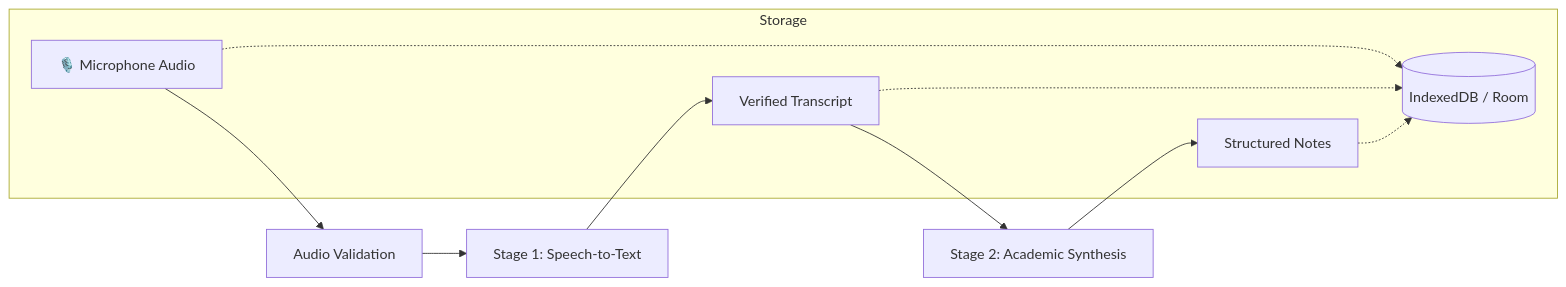
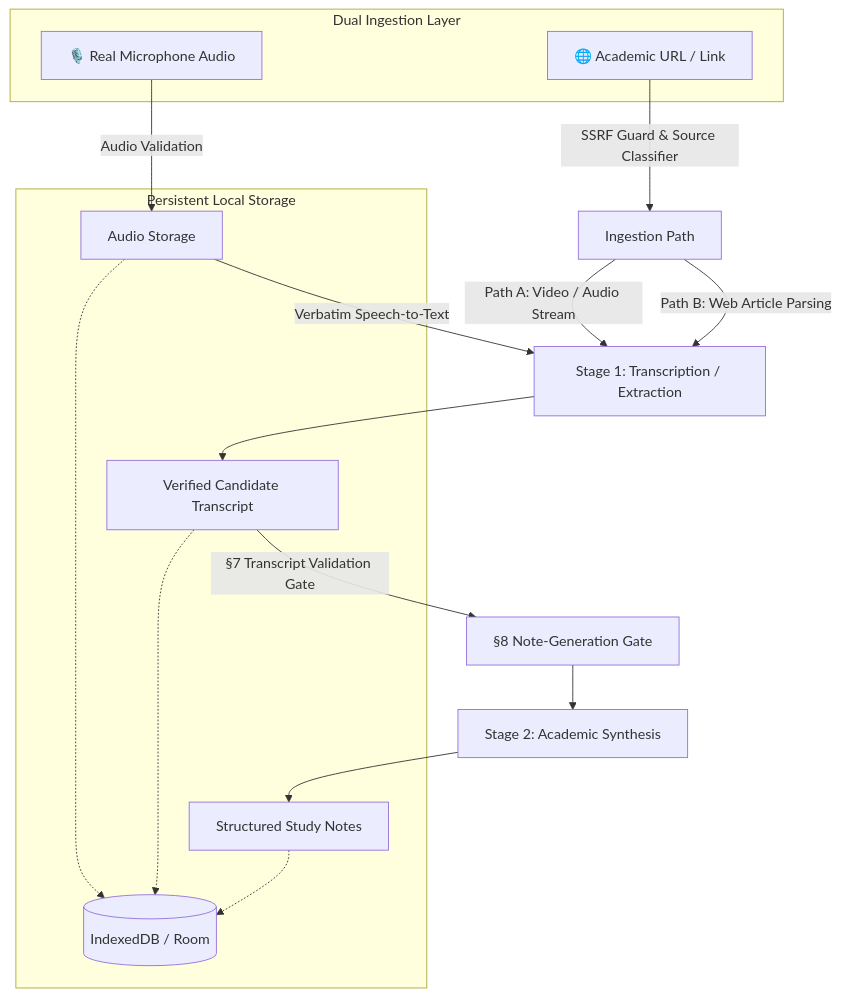
Before and after one commit to arfat87/-lecturenotes-AI: the diagram in README.md, drawn with Mermaid. The commit also changed other lines of this file and 26 other files, not shown here.

Commit message:
feat: implement Create Note From Link/URL feature across Web and Android (Master Prompt v3)

````diff
--- a/README.md
+++ b/README.md
@@ -26,14 +26,25 @@
 ```mermaid
-flowchart LR
-    A[🎙️ Microphone Audio] --> B[Audio Validation]
-    B --> C[Stage 1: Speech-to-Text]
-    C --> D[Verified Transcript]
-    D --> E[Stage 2: Academic Synthesis]
-    E --> F[Structured Notes]
+flowchart TD
+    subgraph Inputs [Dual Ingestion Layer]
+      A1[🎙️ Real Microphone Audio]
+      A2[🌐 Academic URL / Link]
+    end
+
+    A1 -->|Audio Validation| B1[Audio Storage]
+    B1 -->|Verbatim Speech-to-Text| C[Stage 1: Transcription / Extraction]
+
+    A2 -->|SSRF Guard & Source Classifier| B2[Ingestion Path]
+    B2 -->|Path A: Video / Audio Stream| C
+    B2 -->|Path B: Web Article Parsing| C
+
+    C --> D[Verified Candidate Transcript]
+    D -->|§7 Transcript Validation Gate| E[§8 Note-Generation Gate]
+    E --> F[Stage 2: Academic Synthesis]
+    F --> G[Structured Study Notes]
     
-    subgraph Storage
-      A -.-> G[(IndexedDB / Room)]
-      D -.-> G
-      F -.-> G
+    subgraph Storage [Persistent Local Storage]
+      B1 -.-> H[(IndexedDB / Room)]
+      D -.-> H
+      G -.-> H
     end
 ```
````
